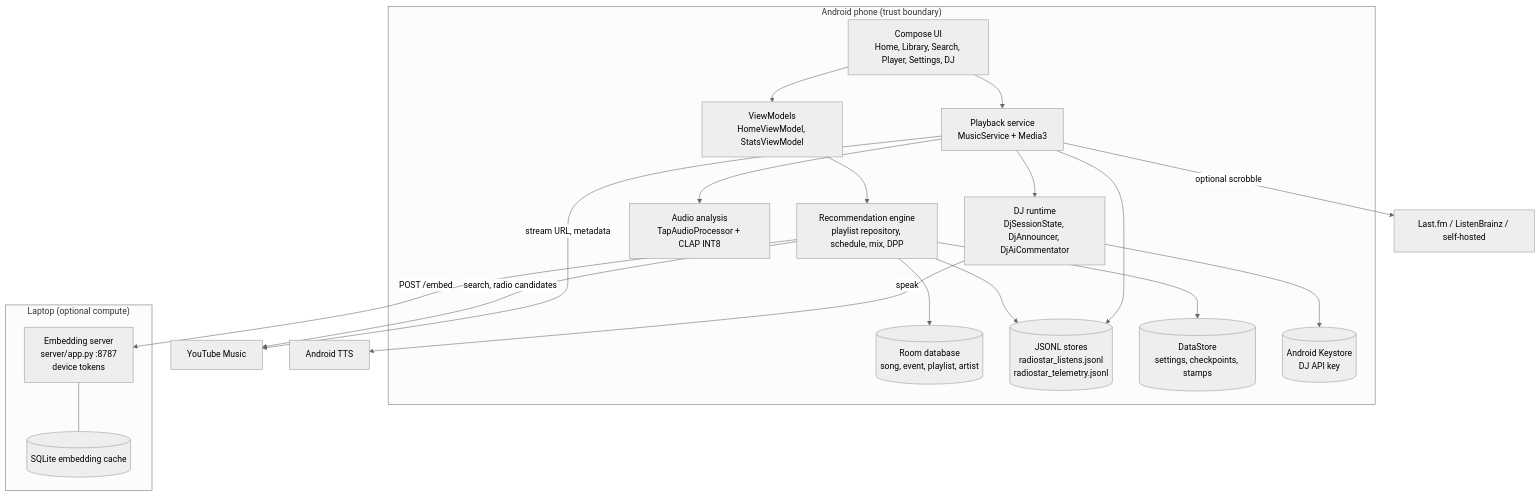
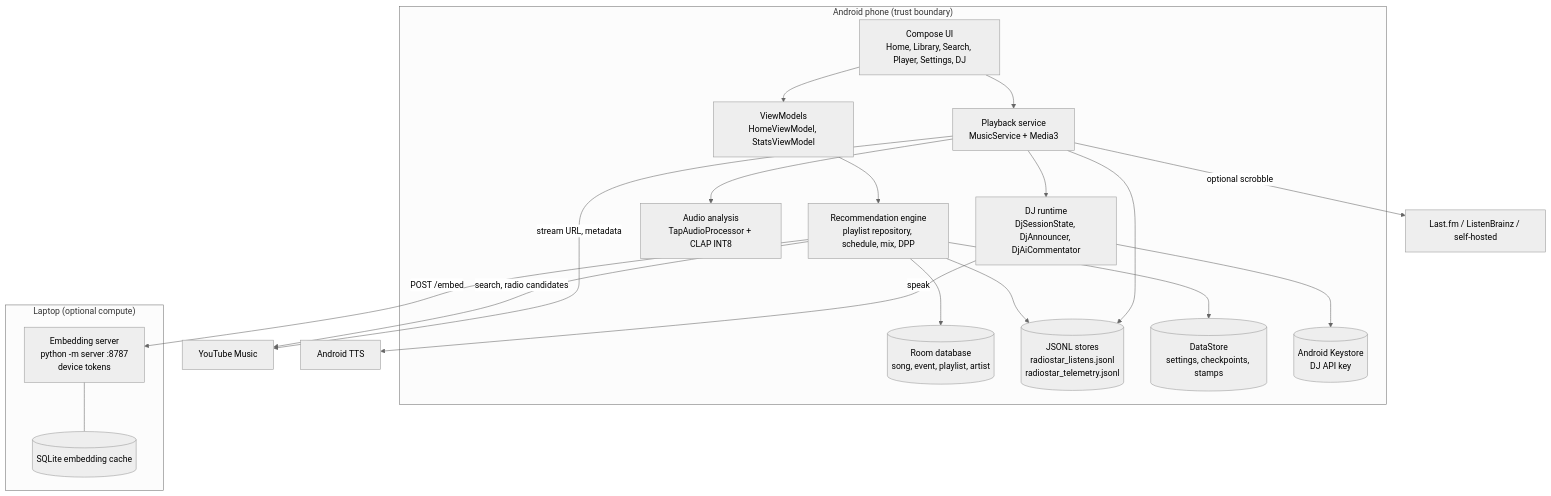
The second of 11 diagrams in docs/c4-model.md (nzzrs/radiostar), drawn with Mermaid (neutral theme) before and after one commit. The commit also changed other lines of this file and 6 other files, not shown here.

````diff
--- a/docs/c4-model.md
+++ b/docs/c4-model.md
@@ -87,41 +87,41 @@
 ```mermaid
 flowchart TB
     subgraph Phone["Android phone (trust boundary)"]
         UI["Compose UI<br/>Home, Library, Search, Player, Settings, DJ"]
         VM["ViewModels<br/>HomeViewModel, StatsViewModel"]
         REC["Recommendation engine<br/>playlist repository, schedule, mix, DPP"]
         PLAY["Playback service<br/>MusicService + Media3"]
         ANA["Audio analysis<br/>TapAudioProcessor + CLAP INT8"]
         DJ["DJ runtime<br/>DjSessionState, DjAnnouncer, DjAiCommentator"]
         DB[("Room database<br/>song, event, playlist, artist")]
         JSON[("JSONL stores<br/>radiostar_listens.jsonl<br/>radiostar_telemetry.jsonl")]
         DS[("DataStore<br/>settings, checkpoints, stamps")]
         KS[("Android Keystore<br/>DJ API key")]
     end
 
     subgraph Laptop["Laptop (optional compute)"]
-        SRV["Embedding server<br/>server/app.py :8787<br/>device tokens"]
+        SRV["Embedding server<br/>python -m server :8787<br/>device tokens"]
         CACHE[("SQLite embedding cache")]
     end
 
     YT["YouTube Music"]
     SC["Last.fm / ListenBrainz / self-hosted"]
     TTS["Android TTS"]
 
     UI --> VM
     UI --> PLAY
     VM --> REC
     PLAY --> ANA
     PLAY --> DJ
     REC --> DB
     REC --> JSON
     REC --> DS
     REC -->|"POST /embed"| SRV
     REC -->|"search, radio candidates"| YT
     PLAY -->|"stream URL, metadata"| YT
     PLAY -->|"optional scrobble"| SC
     PLAY --> JSON
     DJ -->|"speak"| TTS
     DJ --> KS
     SRV --- CACHE
 ```
````
